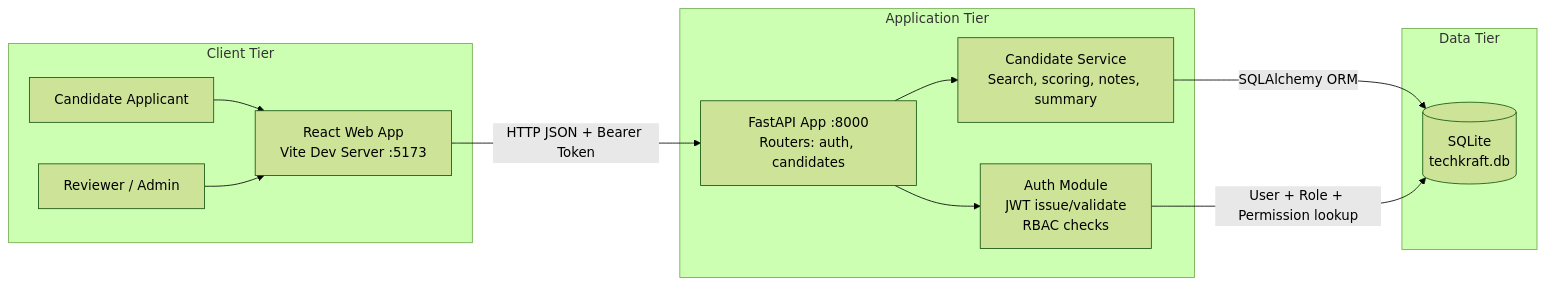
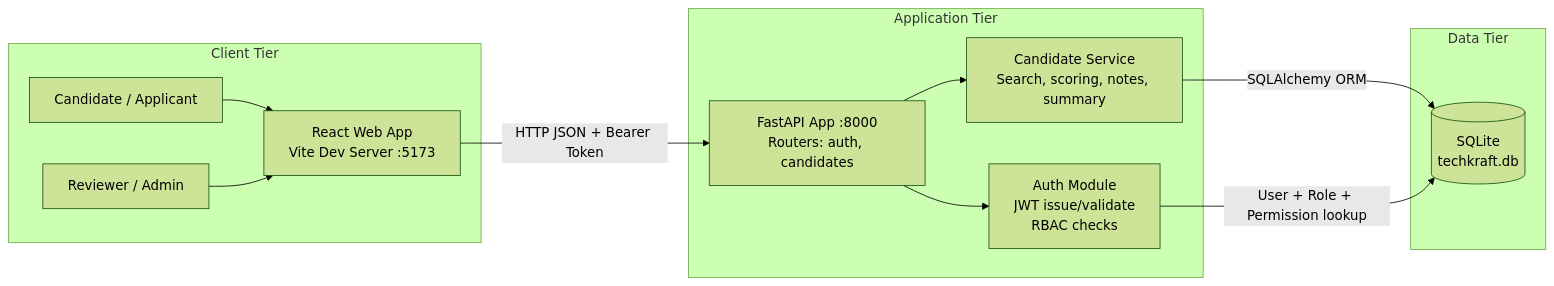
The first of 2 diagrams in README.md (iaavas/recruitment), drawn with Mermaid (forest theme) before and after one commit. The commit also changed other lines of this file, not shown here.

````diff
--- a/README.md
+++ b/README.md
@@ -9,26 +23,26 @@
 ```mermaid
 flowchart LR
     subgraph Client Tier
-        U1[Candidate Applicant]
+        U1[Candidate / Applicant]
         U2[Reviewer / Admin]
         FE[React Web App\nVite Dev Server :5173]
         U1 --> FE
         U2 --> FE
     end
 
     subgraph Application Tier
         API[FastAPI App :8000\nRouters: auth, candidates]
         AUTH[Auth Module\nJWT issue/validate\nRBAC checks]
         CS[Candidate Service\nSearch, scoring, notes, summary]
         API --> AUTH
         API --> CS
     end
 
     subgraph Data Tier
         DB[(SQLite\ntechkraft.db)]
     end
 
     FE -->|HTTP JSON + Bearer Token| API
     CS -->|SQLAlchemy ORM| DB
     AUTH -->|User + Role + Permission lookup| DB
 ```
````
